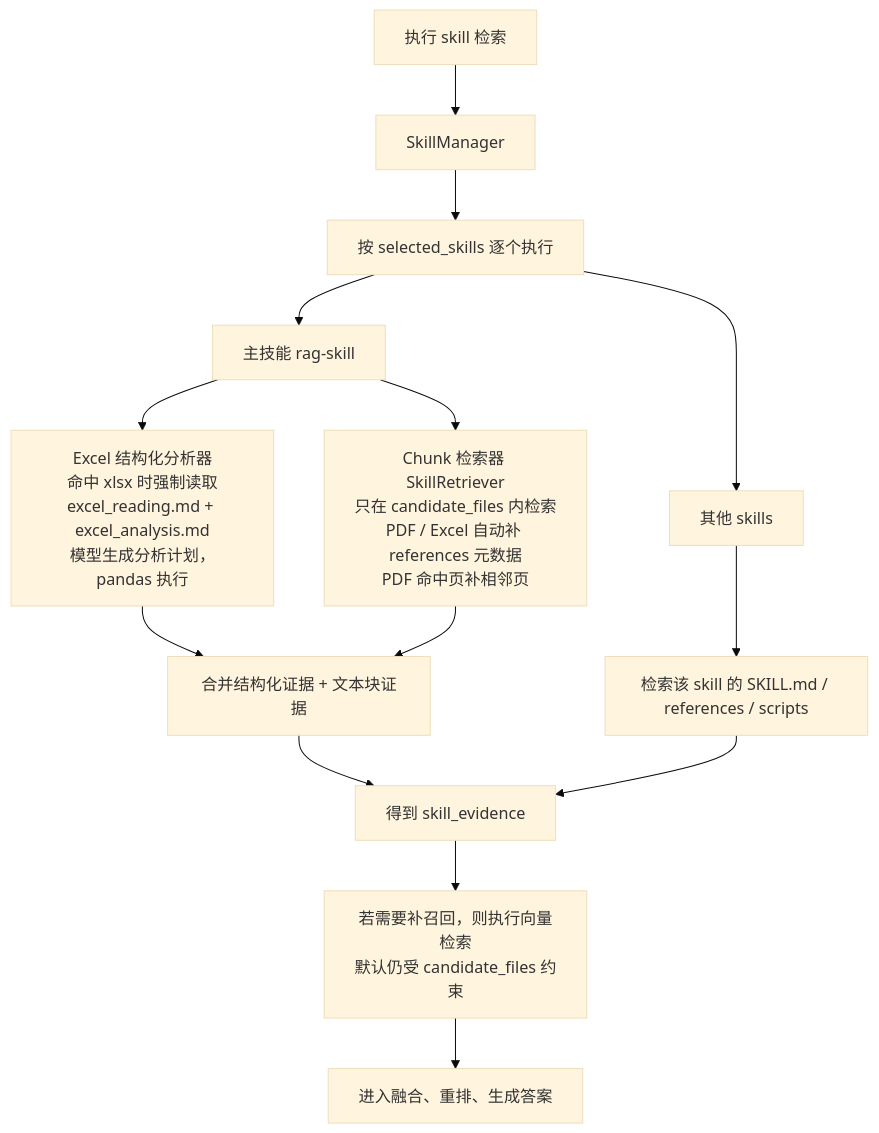
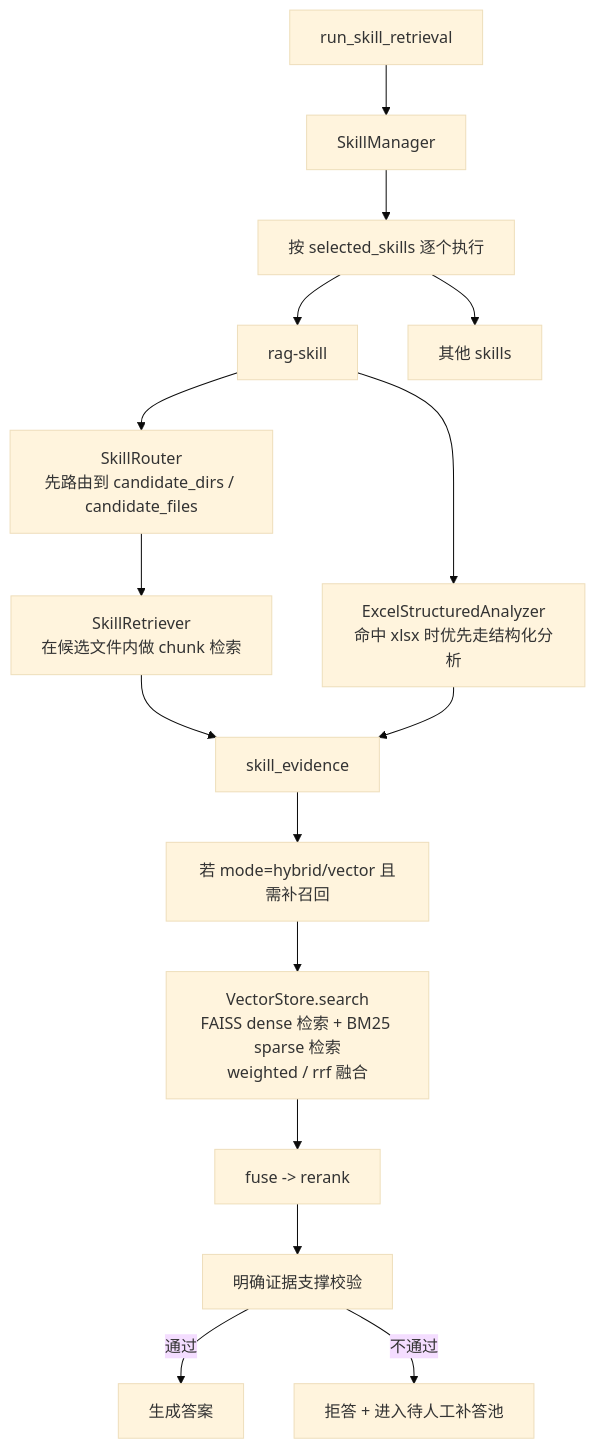
One commit to lyxhnu/Skill-First-Hybrid-RAG changed the second of 3 diagrams in README.md. Above: the diagram before and after it, drawn with Mermaid (base theme). The commit also changed other lines of this file and 25 other files, not shown here.

````diff
--- a/README.md
+++ b/README.md
@@ -77,24 +137,21 @@
 ```mermaid
 flowchart TD
-    A["执行 skill 检索"] --> B["SkillManager"]
+    A["run_skill_retrieval"] --> B["SkillManager"]
     B --> C["按 selected_skills 逐个执行"]
 
-    C --> D["主技能 rag-skill"]
+    C --> D["rag-skill"]
     C --> E["其他 skills"]
 
-    D --> F["Excel 结构化分析器<br/>命中 xlsx 时强制读取<br/>excel_reading.md + excel_analysis.md<br/>模型生成分析计划，pandas 执行"]
-    D --> G["Chunk 检索器 SkillRetriever<br/>只在 candidate_files 内检索<br/>PDF / Excel 自动补 references 元数据<br/>PDF 命中页补相邻页"]
+    D --> F["SkillRouter<br/>先路由到 candidate_dirs / candidate_files"]
+    F --> G["SkillRetriever<br/>在候选文件内做 chunk 检索"]
+    D --> H["ExcelStructuredAnalyzer<br/>命中 xlsx 时优先走结构化分析"]
+    G --> I["skill_evidence"]
+    H --> I
 
-    F --> H["合并结构化证据 + 文本块证据"]
-    G --> H
-
-    E --> I["检索该 skill 的 SKILL.md / references / scripts"]
-
-    H --> J["得到 skill_evidence"]
-    I --> J
-
-    J --> K["若需要补召回，则执行向量检索<br/>默认仍受 candidate_files 约束"]
-
-    K --> L["进入融合、重排、生成答案"]
-
+    I --> J["若 mode=hybrid/vector 且需补召回"]
+    J --> K["VectorStore.search<br/>FAISS dense 检索 + BM25 sparse 检索<br/>weighted / rrf 融合"]
+    K --> L["fuse -> rerank"]
+    L --> M["明确证据支撑校验"]
+    M -->|通过| N["生成答案"]
+    M -->|不通过| O["拒答 + 进入待人工补答池"]
 ```
````
